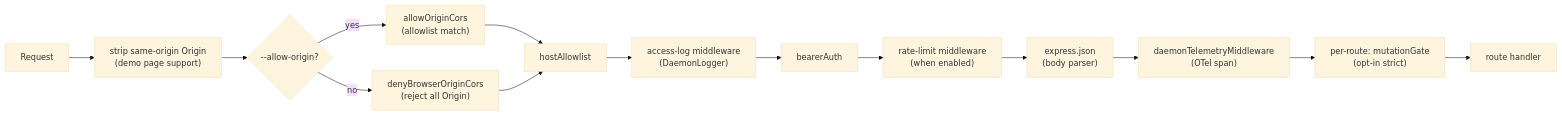
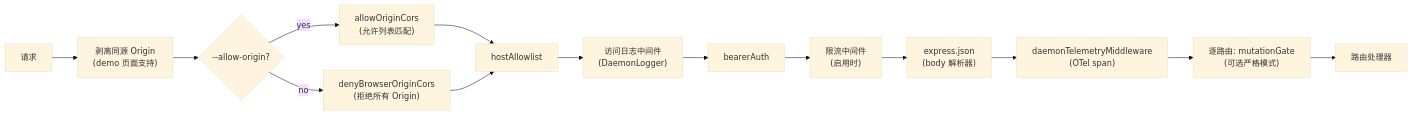
The first of 4 diagrams in website/content/zh/developers/daemon/12-auth-security.md (QwenLM/qwen-code-docs), drawn with Mermaid (base theme) before and after one commit. The commit also changed other lines of this file and 1077 other files, not shown here.

````diff
--- a/website/content/zh/developers/daemon/12-auth-security.md
+++ b/website/content/zh/developers/daemon/12-auth-security.md
@@ -55,16 +55,16 @@
 ```mermaid
 flowchart LR
-    REQ[Request] --> SO["strip same-origin Origin<br/>(demo page support)"]
+    REQ[请求] --> SO["剥离同源 Origin<br/>(demo 页面支持)"]
     SO --> CORS{"--allow-origin?"}
-    CORS -->|yes| AO["allowOriginCors<br/>(allowlist match)"]
-    CORS -->|no| DC["denyBrowserOriginCors<br/>(reject all Origin)"]
+    CORS -->|yes| AO["allowOriginCors<br/>(允许列表匹配)"]
+    CORS -->|no| DC["denyBrowserOriginCors<br/>(拒绝所有 Origin)"]
     AO --> HA["hostAllowlist"]
     DC --> HA
-    HA --> LOG["access-log middleware<br/>(DaemonLogger)"]
+    HA --> LOG["访问日志中间件<br/>(DaemonLogger)"]
     LOG --> BA["bearerAuth"]
-    BA --> RL["rate-limit middleware<br/>(when enabled)"]
-    RL --> JSON["express.json<br/>(body parser)"]
+    BA --> RL["限流中间件<br/>(启用时)"]
+    RL --> JSON["express.json<br/>(body 解析器)"]
     JSON --> TEL["daemonTelemetryMiddleware<br/>(OTel span)"]
-    TEL --> MG["per-route: mutationGate<br/>(opt-in strict)"]
-    MG --> HANDLER["route handler"]
+    TEL --> MG["逐路由: mutationGate<br/>(可选严格模式)"]
+    MG --> HANDLER["路由处理器"]
 ```
````
